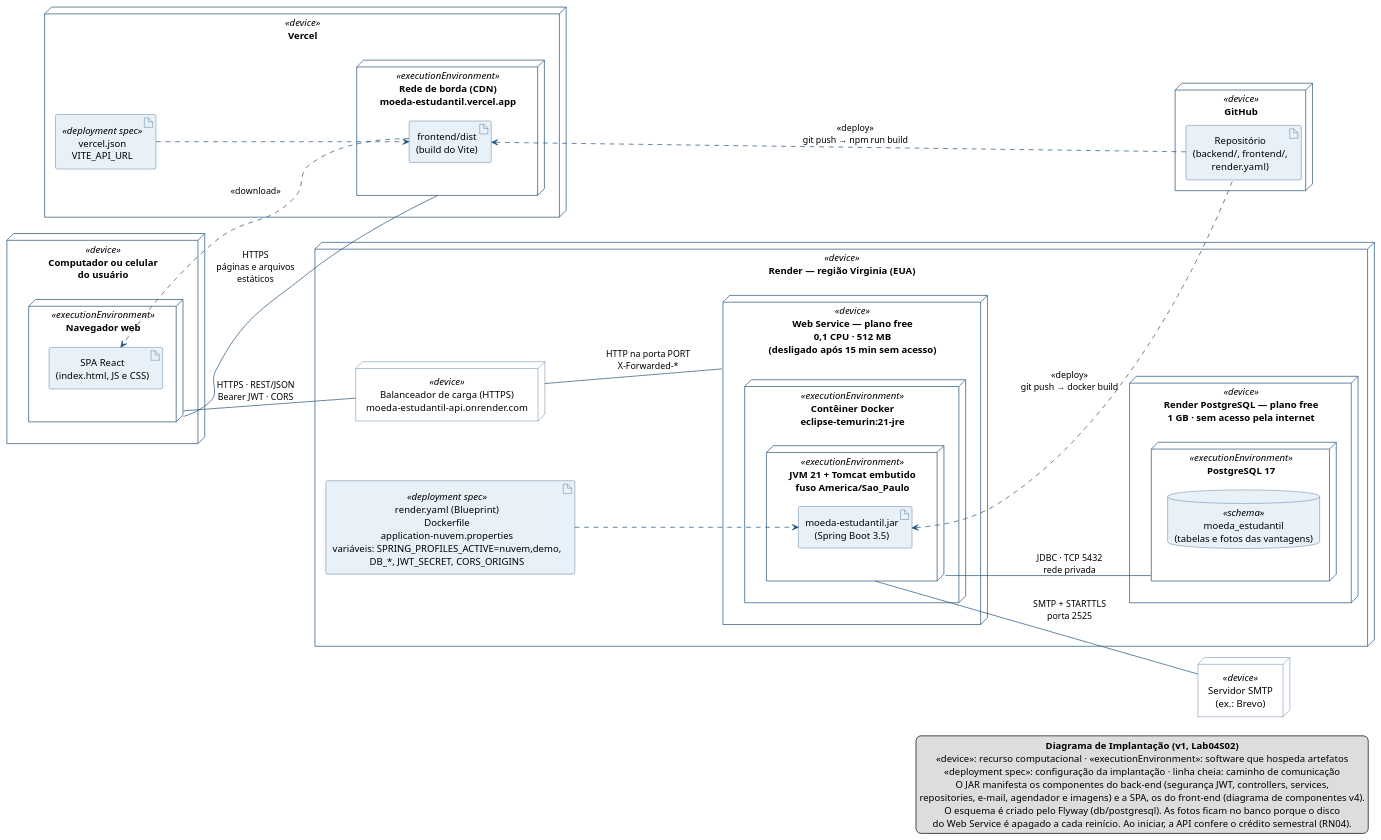
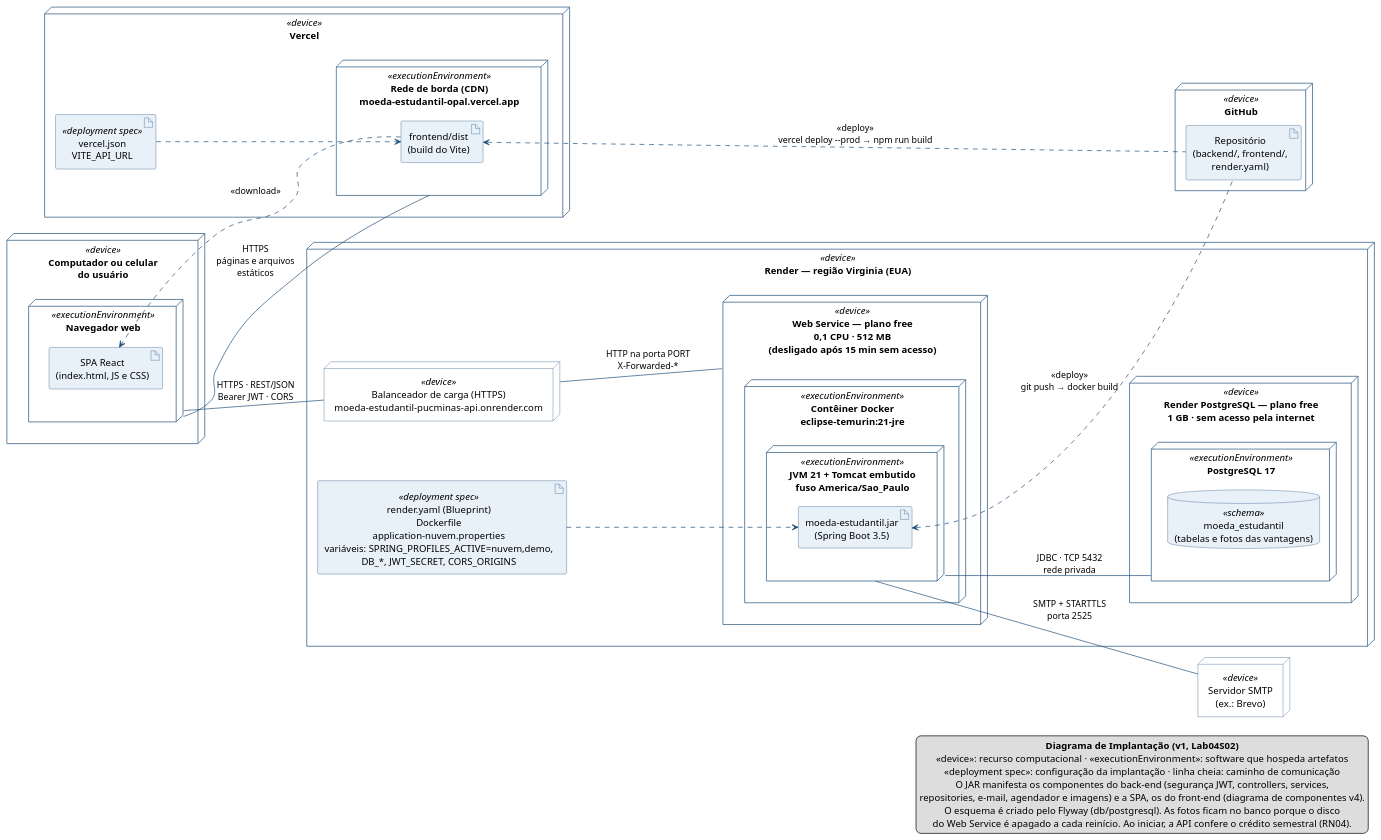
One commit to JpMaciel04/LABORATORIO_3_LAB_DESENVOLVIMENTO_DE_SOFTWARE changed the diagram in docs/sprint-05/diagrama-implantacao.puml. Above: the diagram before and after it, drawn with PlantUML. The commit also changed 5 other files, not shown here.

```diff
--- a/docs/sprint-05/diagrama-implantacao.puml
+++ b/docs/sprint-05/diagrama-implantacao.puml
@@ -1,93 +1,93 @@
 @startuml diagrama-implantacao
 ' Sistema de Moeda Estudantil - PUC Minas - Projeto de Software
 ' Lab04S02 - Diagrama de Implantação (v1) - notação UML 2
 ' Front-end (View) na Vercel; API REST (Controller + Model) e banco PostgreSQL no Render.
 ' Configuração correspondente: render.yaml, backend/Dockerfile, frontend/vercel.json e application-nuvem.properties.
 
 left to right direction
 skinparam shadowing false
 skinparam defaultTextAlignment center
 skinparam nodesep 40
 skinparam ranksep 90
 skinparam ArrowColor #1F4E79
 skinparam node {
   BackgroundColor #FFFFFF
   BorderColor #1F4E79
 }
 skinparam artifact {
   BackgroundColor #E8F0F8
   BorderColor #1F4E79
 }
 skinparam database {
   BackgroundColor #E8F0F8
   BorderColor #1F4E79
 }
 
 ' ===================== Cliente =====================
 node "Computador ou celular\ndo usuário" <<device>> as Cliente {
   node "Navegador web" <<executionEnvironment>> as Navegador {
     artifact "SPA React\n(index.html, JS e CSS)" as SpaCliente
   }
 }
 
 ' ===================== Vercel (View) =====================
 node "Vercel" <<device>> as Vercel {
-  node "Rede de borda (CDN)\nmoeda-estudantil.vercel.app" <<executionEnvironment>> as Cdn {
+  node "Rede de borda (CDN)\nmoeda-estudantil-opal.vercel.app" <<executionEnvironment>> as Cdn {
     artifact "frontend/dist\n(build do Vite)" as Dist
   }
   artifact "vercel.json\nVITE_API_URL" <<deployment spec>> as VercelSpec
 }
 
 ' ===================== Render (Controller + Model) =====================
 node "Render — região Virginia (EUA)" <<device>> as Render {
-  node "Balanceador de carga (HTTPS)\nmoeda-estudantil-api.onrender.com" <<device>> as Balanceador
+  node "Balanceador de carga (HTTPS)\nmoeda-estudantil-pucminas-api.onrender.com" <<device>> as Balanceador
 
   node "Web Service — plano free\n0,1 CPU · 512 MB\n(desligado após 15 min sem acesso)" <<device>> as WebService {
     node "Contêiner Docker\neclipse-temurin:21-jre" <<executionEnvironment>> as Conteiner {
       node "JVM 21 + Tomcat embutido\nfuso America/Sao_Paulo" <<executionEnvironment>> as Jvm {
         artifact "moeda-estudantil.jar\n(Spring Boot 3.5)" as Jar
       }
     }
   }
 
   node "Render PostgreSQL — plano free\n1 GB · sem acesso pela internet" <<device>> as ServidorBanco {
     node "PostgreSQL 17" <<executionEnvironment>> as Postgres {
       database "moeda_estudantil\n(tabelas e fotos das vantagens)" <<schema>> as Esquema
     }
   }
 
   artifact "render.yaml (Blueprint)\nDockerfile\napplication-nuvem.properties\nvariáveis: SPRING_PROFILES_ACTIVE=nuvem,demo,\nDB_*, JWT_SECRET, CORS_ORIGINS" <<deployment spec>> as RenderSpec
 }
 
 ' ===================== Externos =====================
 node "GitHub" <<device>> as GitHub {
   artifact "Repositório\n(backend/, frontend/,\nrender.yaml)" as Repositorio
 }
 
 node "Servidor SMTP\n(ex.: Brevo)" <<device>> as Smtp
 
 ' ===================== Caminhos de comunicação =====================
 Navegador -- Cdn : HTTPS\npáginas e arquivos\nestáticos
 Navegador -- Balanceador : HTTPS · REST/JSON\nBearer JWT · CORS
 Balanceador -- WebService : HTTP na porta PORT\nX-Forwarded-*
 Jvm -- Postgres : JDBC · TCP 5432\nrede privada
 Jvm -- Smtp : SMTP + STARTTLS\nporta 2525
 
 ' ===================== Dependências de implantação =====================
 Dist ..> SpaCliente : <<download>>
 VercelSpec ..> Dist
 RenderSpec ..> Jar
-Dist <.. Repositorio : <<deploy>>\ngit push → npm run build
+Dist <.. Repositorio : <<deploy>>\nvercel deploy --prod → npm run build
 Jar <.. Repositorio : <<deploy>>\ngit push → docker build
 
 legend right
   **Diagrama de Implantação (v1, Lab04S02)**
   <<device>>: recurso computacional · <<executionEnvironment>>: software que hospeda artefatos
   <<deployment spec>>: configuração da implantação · linha cheia: caminho de comunicação
   O JAR manifesta os componentes do back-end (segurança JWT, controllers, services,
   repositories, e-mail, agendador e imagens) e a SPA, os do front-end (diagrama de componentes v4).
   O esquema é criado pelo Flyway (db/postgresql). As fotos ficam no banco porque o disco
   do Web Service é apagado a cada reinício. Ao iniciar, a API confere o crédito semestral (RN04).
 endlegend
 
 @enduml
```
